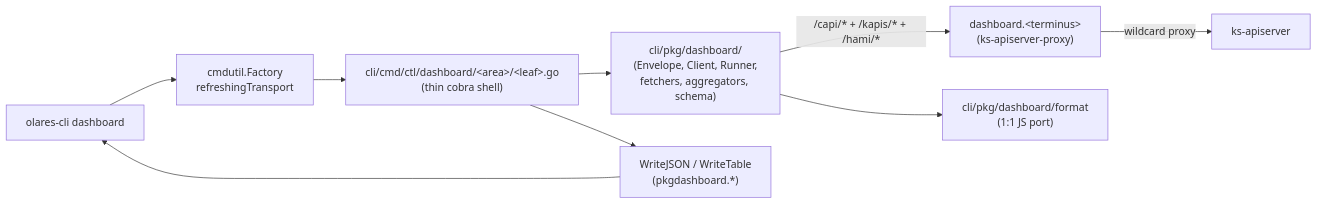
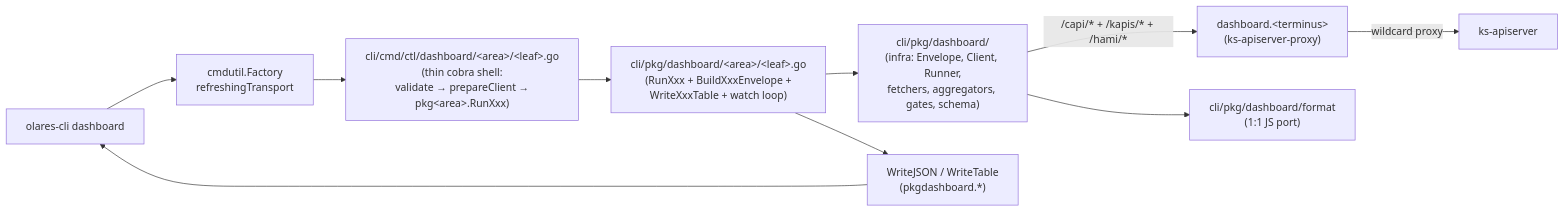
The first of 2 diagrams in cli/skills/olares-dashboard/SKILL.md (beclab/Olares), drawn with Mermaid before and after one commit. The commit also changed other lines of this file and 83 other files, not shown here.

````diff
--- a/cli/skills/olares-dashboard/SKILL.md
+++ b/cli/skills/olares-dashboard/SKILL.md
@@ -36,11 +57,12 @@
 ```mermaid
 flowchart LR
     User[olares-cli dashboard <verb>] --> Factory[cmdutil.Factory<br/>refreshingTransport]
-    Factory --> CmdShell["cli/cmd/ctl/dashboard/&lt;area&gt;/&lt;leaf&gt;.go<br/>(thin cobra shell)"]
-    CmdShell --> PkgCore["cli/pkg/dashboard/<br/>(Envelope, Client, Runner,<br/>fetchers, aggregators, schema)"]
-    PkgCore -->|/capi/* + /kapis/* + /hami/*| BFF["dashboard.&lt;terminus&gt;<br/>(ks-apiserver-proxy)"]
+    Factory --> CmdShell["cli/cmd/ctl/dashboard/&lt;area&gt;/&lt;leaf&gt;.go<br/>(thin cobra shell:<br/>validate → prepareClient →<br/>pkg&lt;area&gt;.RunXxx)"]
+    CmdShell --> PkgArea["cli/pkg/dashboard/&lt;area&gt;/&lt;leaf&gt;.go<br/>(RunXxx + BuildXxxEnvelope +<br/>WriteXxxTable + watch loop)"]
+    PkgArea --> PkgRoot["cli/pkg/dashboard/<br/>(infra: Envelope, Client, Runner,<br/>fetchers, aggregators, gates, schema)"]
+    PkgRoot -->|/capi/* + /kapis/* + /hami/*| BFF["dashboard.&lt;terminus&gt;<br/>(ks-apiserver-proxy)"]
     BFF -->|wildcard proxy| KsAPI[ks-apiserver]
-    PkgCore --> Format["cli/pkg/dashboard/format<br/>(1:1 JS port)"]
-    CmdShell --> Output["WriteJSON / WriteTable<br/>(pkgdashboard.*)"]
+    PkgRoot --> Format["cli/pkg/dashboard/format<br/>(1:1 JS port)"]
+    PkgArea --> Output["WriteJSON / WriteTable<br/>(pkgdashboard.*)"]
     Output --> User
 ```
````
